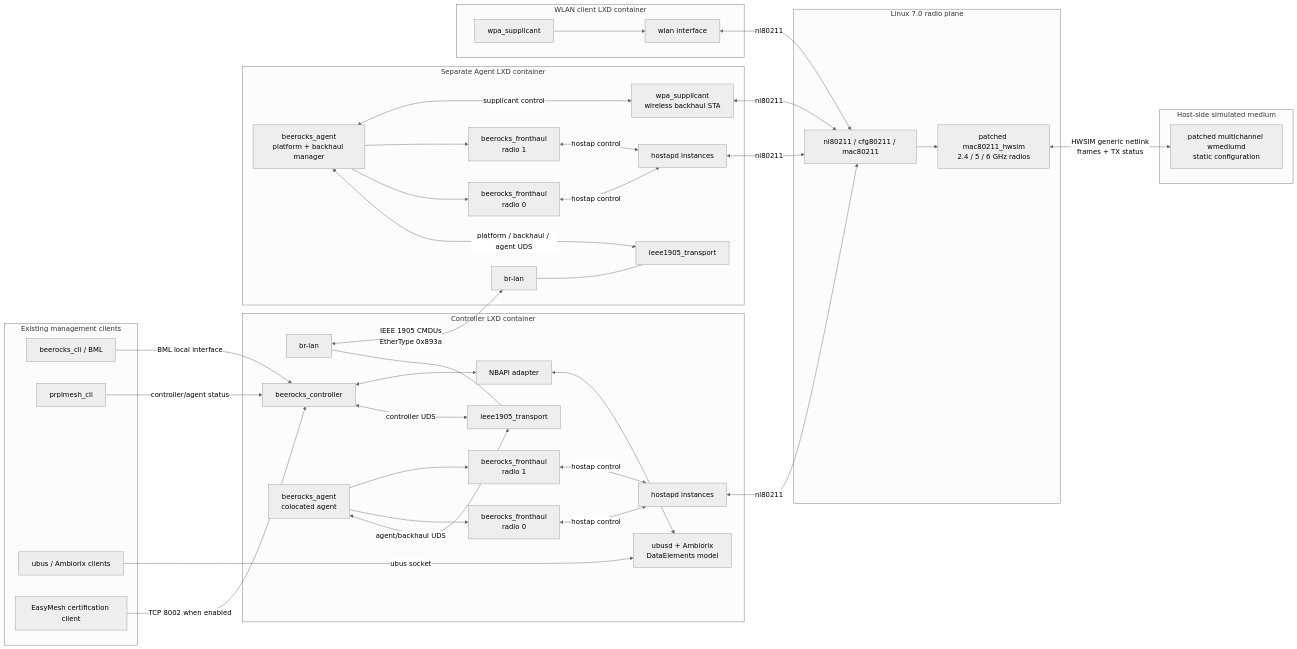
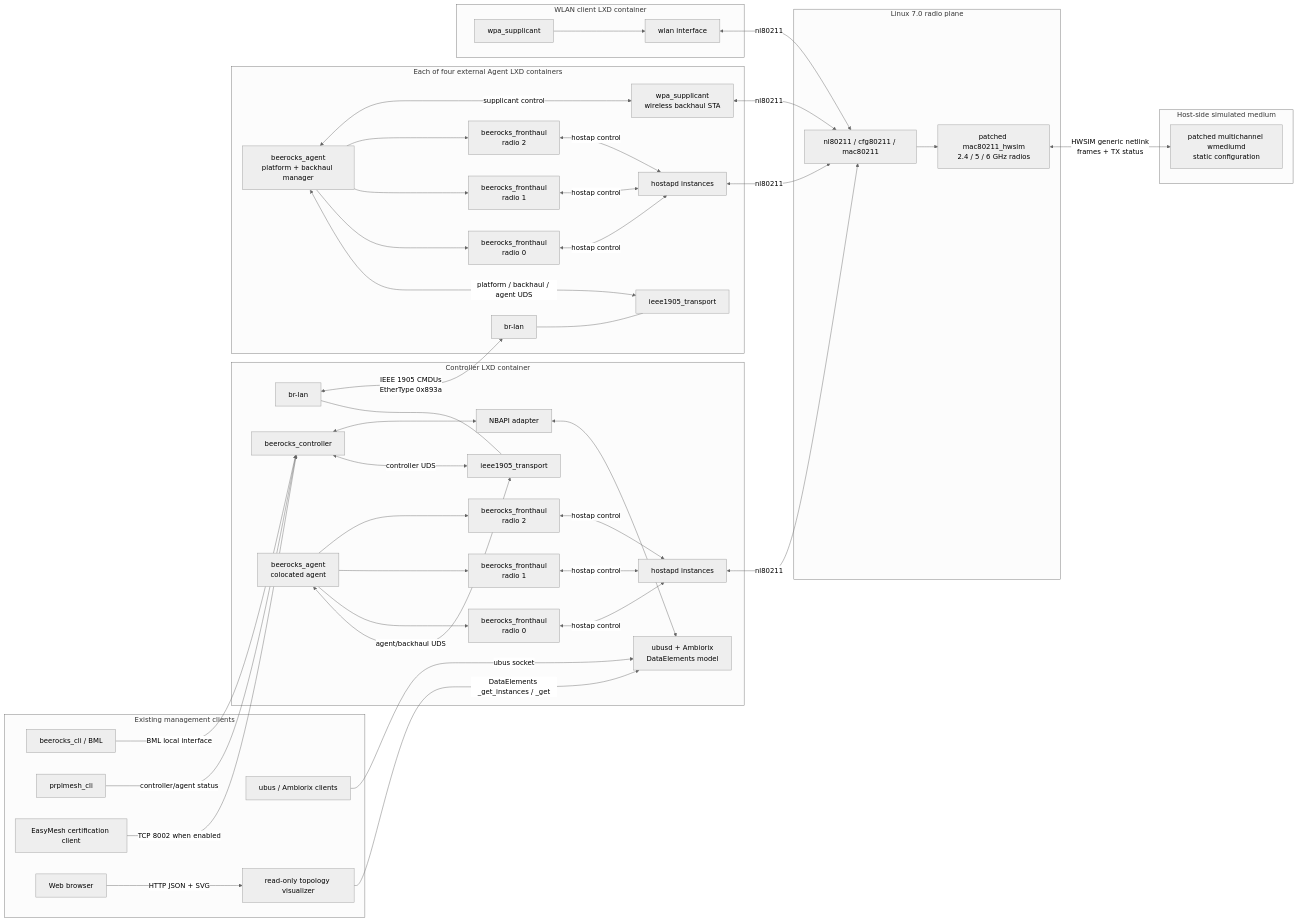
Before and after one commit to boardfarmdevs/prplmesh-lab: the diagram in docs/software-architecture.md, drawn with Mermaid (neutral theme). The commit also changed other lines of this file and 23 other files, not shown here.

````diff
--- a/docs/software-architecture.md
+++ b/docs/software-architecture.md
@@ -12,6 +12,8 @@
         PMCLI[prplmesh_cli]
         UBUSCLI[ubus / Ambiorix clients]
         UCC[EasyMesh certification client]
+        VIZ[read-only topology visualizer]
+        BROWSER[Web browser]
     end
 
     subgraph CTRL[Controller LXD container]
@@ -21,6 +23,7 @@
         CA[beerocks_agent<br/>colocated agent]
         CFH0[beerocks_fronthaul<br/>radio 0]
         CFH1[beerocks_fronthaul<br/>radio 1]
+        CFH2[beerocks_fronthaul<br/>radio 2]
         CNB[NBAPI adapter]
         CUBUS[ubusd + Ambiorix<br/>DataElements model]
         CHAP[hostapd instances]
@@ -29,27 +32,32 @@
         CA <-->|agent/backhaul UDS| C1905
         CA --> CFH0
         CA --> CFH1
+        CA --> CFH2
         CFH0 <-->|hostap control| CHAP
         CFH1 <-->|hostap control| CHAP
+        CFH2 <-->|hostap control| CHAP
         CTL <--> CNB
         CNB <--> CUBUS
         CTRLBR --- C1905
     end
 
-    subgraph AGENT[Separate Agent LXD container]
+    subgraph AGENT[Each of four external Agent LXD containers]
         ABR[br-lan]
         A1905[ieee1905_transport]
         AA[beerocks_agent<br/>platform + backhaul manager]
         AFH0[beerocks_fronthaul<br/>radio 0]
         AFH1[beerocks_fronthaul<br/>radio 1]
+        AFH2[beerocks_fronthaul<br/>radio 2]
         AHAP[hostapd instances]
         AWPA[wpa_supplicant<br/>wireless backhaul STA]
 
         AA <-->|platform / backhaul / agent UDS| A1905
         AA --> AFH0
         AA --> AFH1
+        AA --> AFH2
         AFH0 <-->|hostap control| AHAP
         AFH1 <-->|hostap control| AHAP
+        AFH2 <-->|hostap control| AHAP
         AA <-->|supplicant control| AWPA
         ABR --- A1905
     end
@@ -81,4 +89,6 @@
     PMCLI -->|controller/agent status| CTL
     UBUSCLI -->|ubus socket| CUBUS
     UCC -->|TCP 8002 when enabled| CTL
+    VIZ -->|DataElements _get_instances / _get| CUBUS
+    BROWSER -->|HTTP JSON + SVG| VIZ
 ```
````
